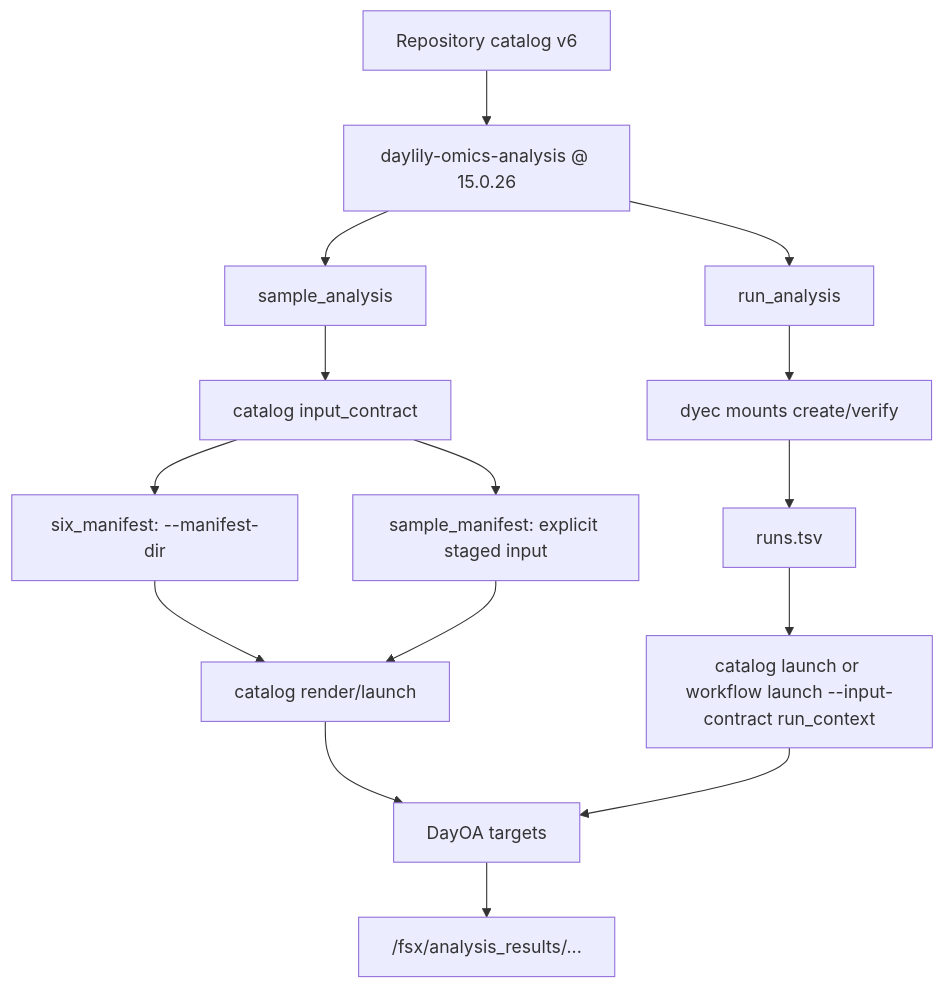
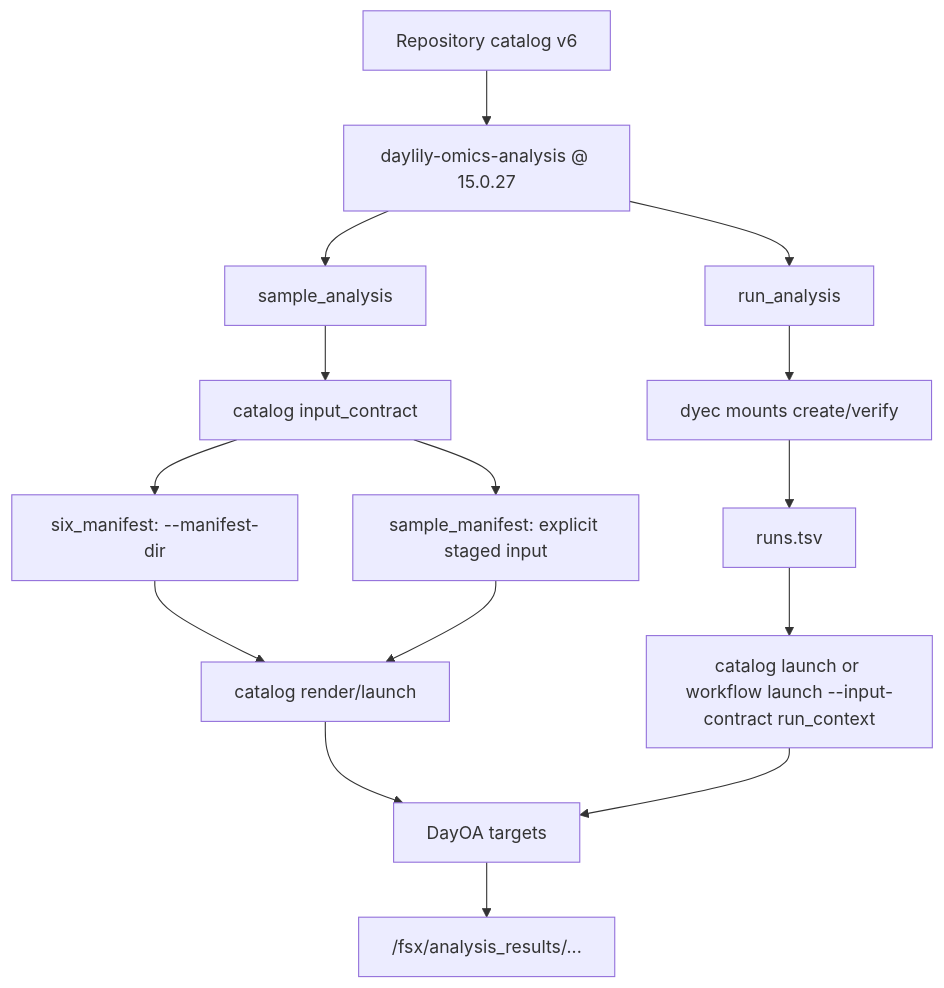
Before and after one commit to Daylily-Informatics/daylily-ephemeral-cluster: the third of 3 diagrams in docs/dra_fsx_strategy.md, drawn with Mermaid. The commit also changed other lines of this file and 25 other files, not shown here.

````diff
--- a/docs/dra_fsx_strategy.md
+++ b/docs/dra_fsx_strategy.md
@@ -110,20 +110,20 @@
 ```mermaid
 flowchart TB
-  Catalog["Repository catalog v6"] --> Repo["daylily-omics-analysis @ 15.0.26"]
+  Catalog["Repository catalog v6"] --> Repo["daylily-omics-analysis @ 15.0.27"]
   Repo --> Sample["sample_analysis"]
   Repo --> Run["run_analysis"]
 
   Sample --> Contract["catalog input_contract"]
   Contract --> Six["six_manifest: --manifest-dir"]
   Contract --> Legacy["sample_manifest: explicit staged input"]
   Six --> LaunchA["catalog render/launch"]
   Legacy --> LaunchA
 
   Run --> Mount["dyec mounts create/verify"]
   Mount --> Runs["runs.tsv"]
   Runs --> LaunchB["catalog launch or workflow launch --input-contract run_context"]
 
   LaunchA --> DayOA["DayOA targets"]
   LaunchB --> DayOA
   DayOA --> Results["/fsx/analysis_results/..."]
 ```
````
